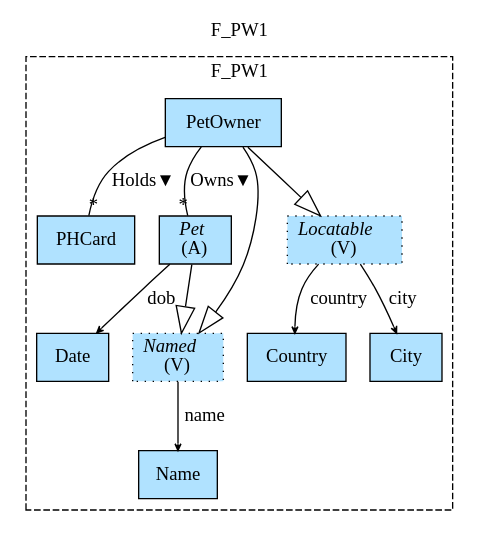
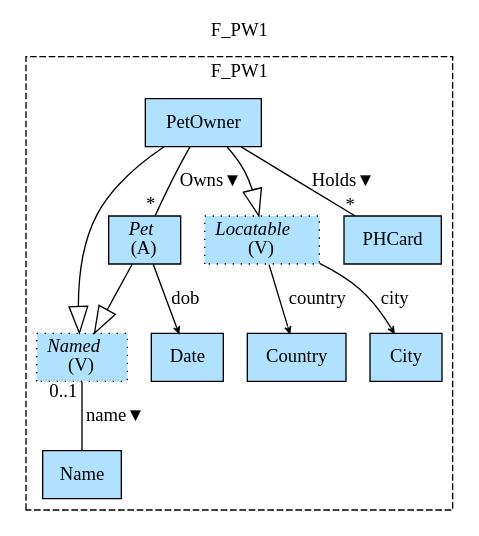
Before and after one commit to namalio/Fragmenta: the diagram in Haskell/FragmentaTests/PetsWorld/img/F_PW1.gv, drawn with Graphviz. The commit also changed 29 other files, not shown here.

```diff
--- a/Haskell/FragmentaTests/PetsWorld/img/F_PW1.gv
+++ b/Haskell/FragmentaTests/PetsWorld/img/F_PW1.gv
@@ -1,24 +1,24 @@
 digraph {graph[label=F_PW1,labelloc=tl,labelfontsize=12];
 subgraph cluster_F_PW1{style=dashed;label=F_PW1;
+"Named"[shape=record,fillcolor=lightskyblue1,style ="filled,dotted",label=<{<I>Named</I><br/>(V)}>];
 "Name"[shape=record,fillcolor=lightskyblue1,style = filled,label="Name"];
+"Pet"[shape=record,fillcolor=lightskyblue1,style = filled,label=<{<I>Pet</I><br/>(A)}>];
+"Date"[shape=record,fillcolor=lightskyblue1,style = filled,label="Date"];
+"PetOwner"[shape=record,fillcolor=lightskyblue1,style = filled,label="PetOwner"];
+"Locatable"[shape=record,fillcolor=lightskyblue1,style ="filled,dotted",label=<{<I>Locatable</I><br/>(V)}>];
 "Country"[shape=record,fillcolor=lightskyblue1,style = filled,label="Country"];
 "City"[shape=record,fillcolor=lightskyblue1,style = filled,label="City"];
-"Date"[shape=record,fillcolor=lightskyblue1,style = filled,label="Date"];
 "PHCard"[shape=record,fillcolor=lightskyblue1,style = filled,label="PHCard"];
-"Pet"[shape=record,fillcolor=lightskyblue1,style = filled,label=<{<I>Pet</I><br/>(A)}>];
-"Named"[shape=record,fillcolor=lightskyblue1,style ="filled,dotted",label=<{<I>Named</I><br/>(V)}>];
-"PetOwner"[shape=record,fillcolor=lightskyblue1,style = filled,label="PetOwner"];
-"Locatable"[shape=record,fillcolor=lightskyblue1,style ="filled,dotted",label=<{<I>Locatable</I><br/>(V)}>];
 
-"Named"->"Name"[label="name",arrowhead=vee,headlabel="",arrowsize=.5];
+"Named"->"Name"[label="name▼",dir=none,taillabel="0..1",headlabel=""];
 "Locatable"->"Country"[label="country",arrowhead=vee,headlabel="",arrowsize=.5];
 "Locatable"->"City"[label="city",arrowhead=vee,headlabel="",arrowsize=.5];
 "Pet"->"Date"[label="dob",arrowhead=vee,headlabel="",arrowsize=.5];
 "PetOwner"->"Pet"[label="Owns▼",dir=none,taillabel="",headlabel="*"];
 "PetOwner"->"PHCard"[label="Holds▼",dir=none,taillabel="",headlabel="*"];
 "Pet"->"Named"[arrowhead=onormal,arrowsize=2.0];
 "PetOwner"->"Named"[arrowhead=onormal,arrowsize=2.0];
 "PetOwner"->"Locatable"[arrowhead=onormal,arrowsize=2.0];
 
 }
 }
```
